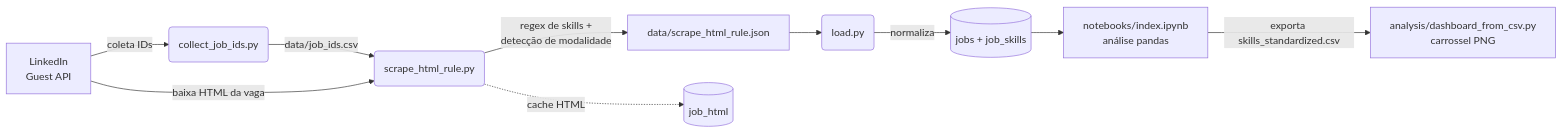
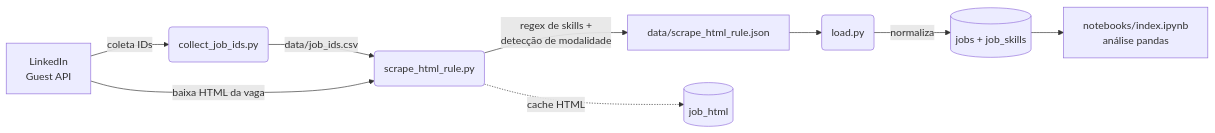
One commit to jvictor-amorim/linkedin-job-analysis changed the diagram in README.md. Above: the diagram before and after it, drawn with Mermaid. The commit also changed other lines of this file and 4 other files, not shown here.

````diff
--- a/README.md
+++ b/README.md
@@ -49,12 +49,11 @@
 ```mermaid
 flowchart LR
     A[LinkedIn<br/>Guest API] -->|coleta IDs| B(collect_job_ids.py)
     B -->|data/job_ids.csv| C(scrape_html_rule.py)
     A -->|baixa HTML da vaga| C
     C -->|regex de skills +<br/>detecção de modalidade| D[data/scrape_html_rule.json]
     C -.cache HTML.-> E[(job_html)]
     D --> F(load.py)
     F -->|normaliza| G[(jobs + job_skills)]
     G --> H[notebooks/index.ipynb<br/>análise pandas]
-    H -->|exporta skills_standardized.csv| I[analysis/dashboard_from_csv.py<br/>carrossel PNG]
 ```
````
